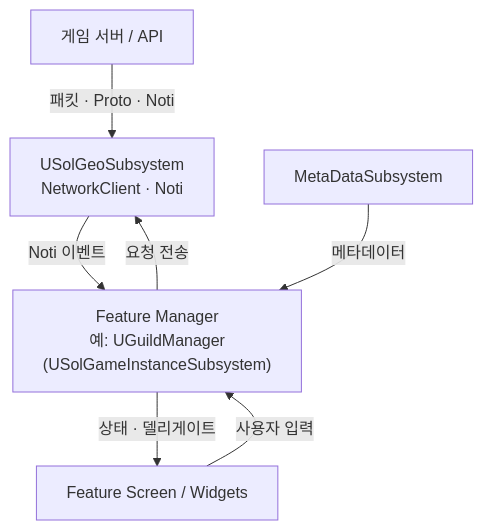
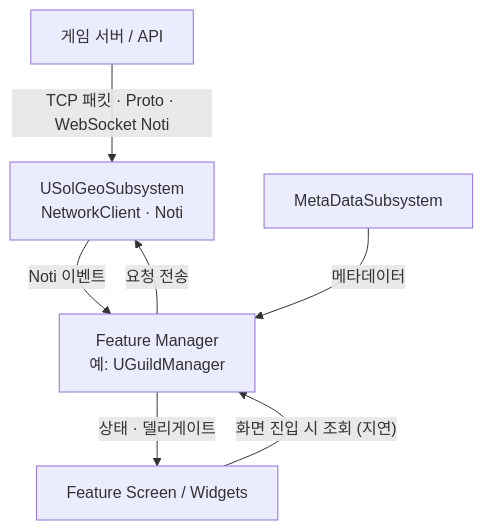
One commit to LimHyun-ji/LimHyun-ji.github.io changed the diagram in content/projects/sol-content.md. Above: the diagram before and after it, drawn with Mermaid. The commit also changed other lines of this file and 8 other files, not shown here.

```diff
--- a/content/projects/sol-content.md
+++ b/content/projects/sol-content.md
@@ -82,9 +64,9 @@
 <div class="mermaid">
 flowchart TD
-  SV["게임 서버 / API"] -->|"패킷 · Proto · Noti"| GEO["USolGeoSubsystem<br/>NetworkClient · Noti"]
-  GEO -->|"Noti 이벤트"| MGR["Feature Manager<br/>예: UGuildManager<br/>(USolGameInstanceSubsystem)"]
+  SV["게임 서버 / API"] -->|"TCP 패킷 · Proto · WebSocket Noti"| GEO["USolGeoSubsystem<br/>NetworkClient · Noti"]
+  GEO -->|"Noti 이벤트"| MGR["Feature Manager<br/>예: UGuildManager"]
   META["MetaDataSubsystem"] -->|"메타데이터"| MGR
   MGR -->|"상태 · 델리게이트"| UI["Feature Screen / Widgets"]
-  UI -->|"사용자 입력"| MGR
+  UI -->|"화면 진입 시 조회 (지연)"| MGR
   MGR -->|"요청 전송"| GEO
 </div>
```
